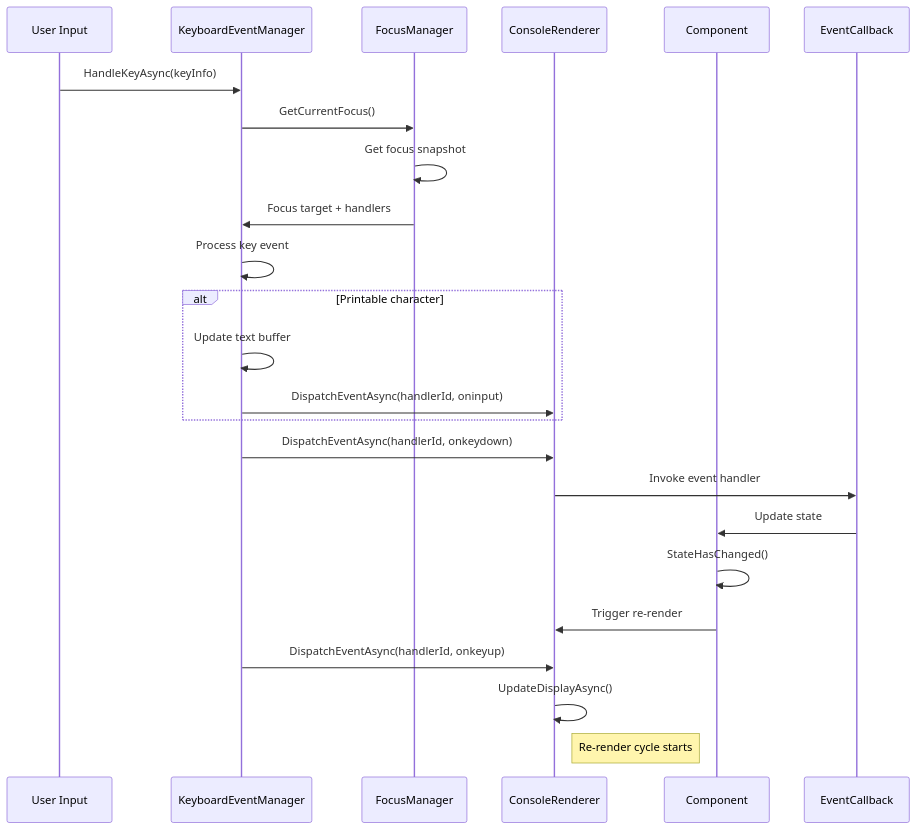
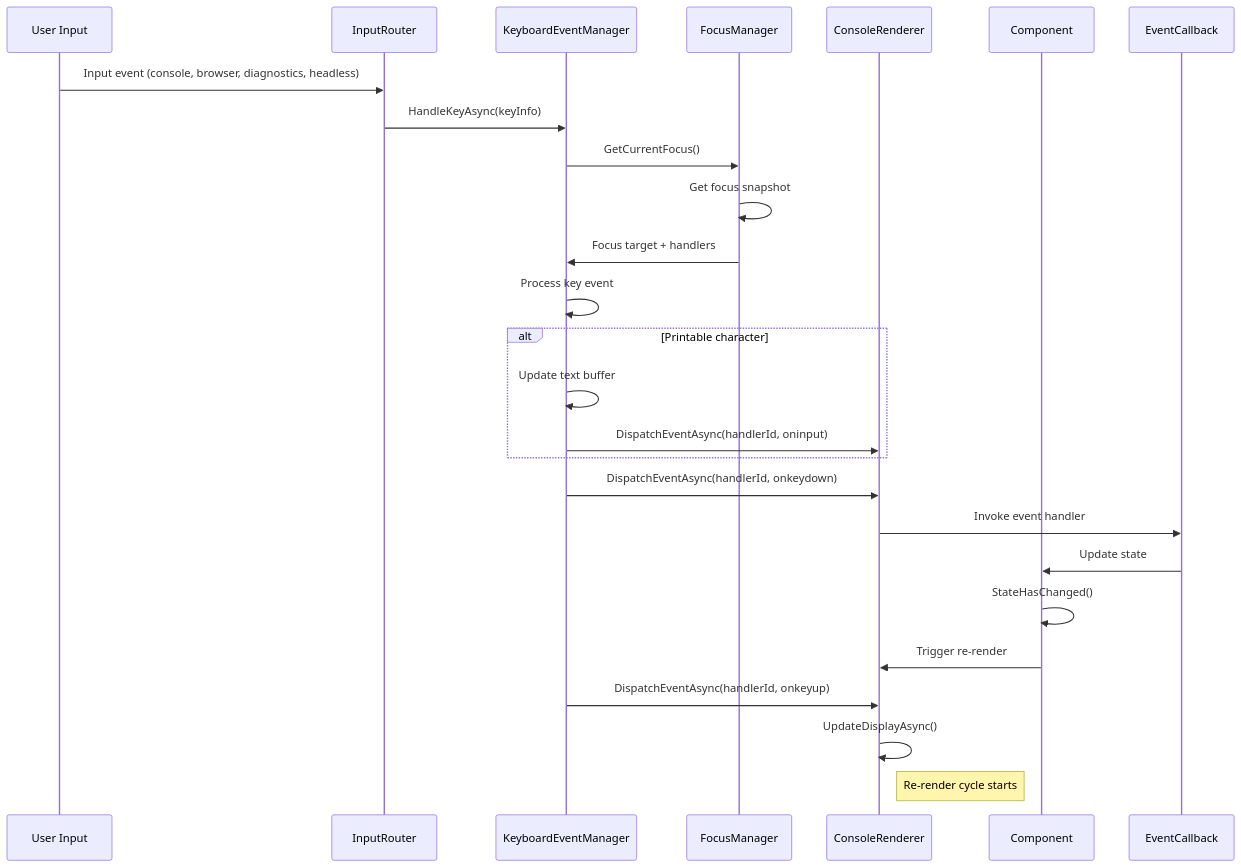
Before and after one commit to RazorConsole/RazorConsole: the sixth of 6 diagrams in design-doc/rendering-process.md, drawn with Mermaid. The commit also changed other lines of this file and 22 other files, not shown here.

````diff
--- a/design-doc/rendering-process.md
+++ b/design-doc/rendering-process.md
@@ -200,31 +200,33 @@
 ```mermaid
 sequenceDiagram
     participant User as User Input
+    participant Router as InputRouter
     participant KbdMgr as KeyboardEventManager
     participant Focus as FocusManager
     participant Renderer as ConsoleRenderer
     participant Component as Component
     participant Callback as EventCallback
 
-    User->>KbdMgr: HandleKeyAsync(keyInfo)
+    User->>Router: Input event (console, browser, diagnostics, headless)
+    Router->>KbdMgr: HandleKeyAsync(keyInfo)
     KbdMgr->>Focus: GetCurrentFocus()
     Focus->>Focus: Get focus snapshot
     Focus->>KbdMgr: Focus target + handlers
 
     KbdMgr->>KbdMgr: Process key event
     alt Printable character
         KbdMgr->>KbdMgr: Update text buffer
         KbdMgr->>Renderer: DispatchEventAsync(handlerId, oninput)
     end
 
     KbdMgr->>Renderer: DispatchEventAsync(handlerId, onkeydown)
     Renderer->>Callback: Invoke event handler
     Callback->>Component: Update state
     Component->>Component: StateHasChanged()
     Component->>Renderer: Trigger re-render
 
     KbdMgr->>Renderer: DispatchEventAsync(handlerId, onkeyup)
 
     Renderer->>Renderer: UpdateDisplayAsync()
     Note right of Renderer: Re-render cycle starts
 ```
````
